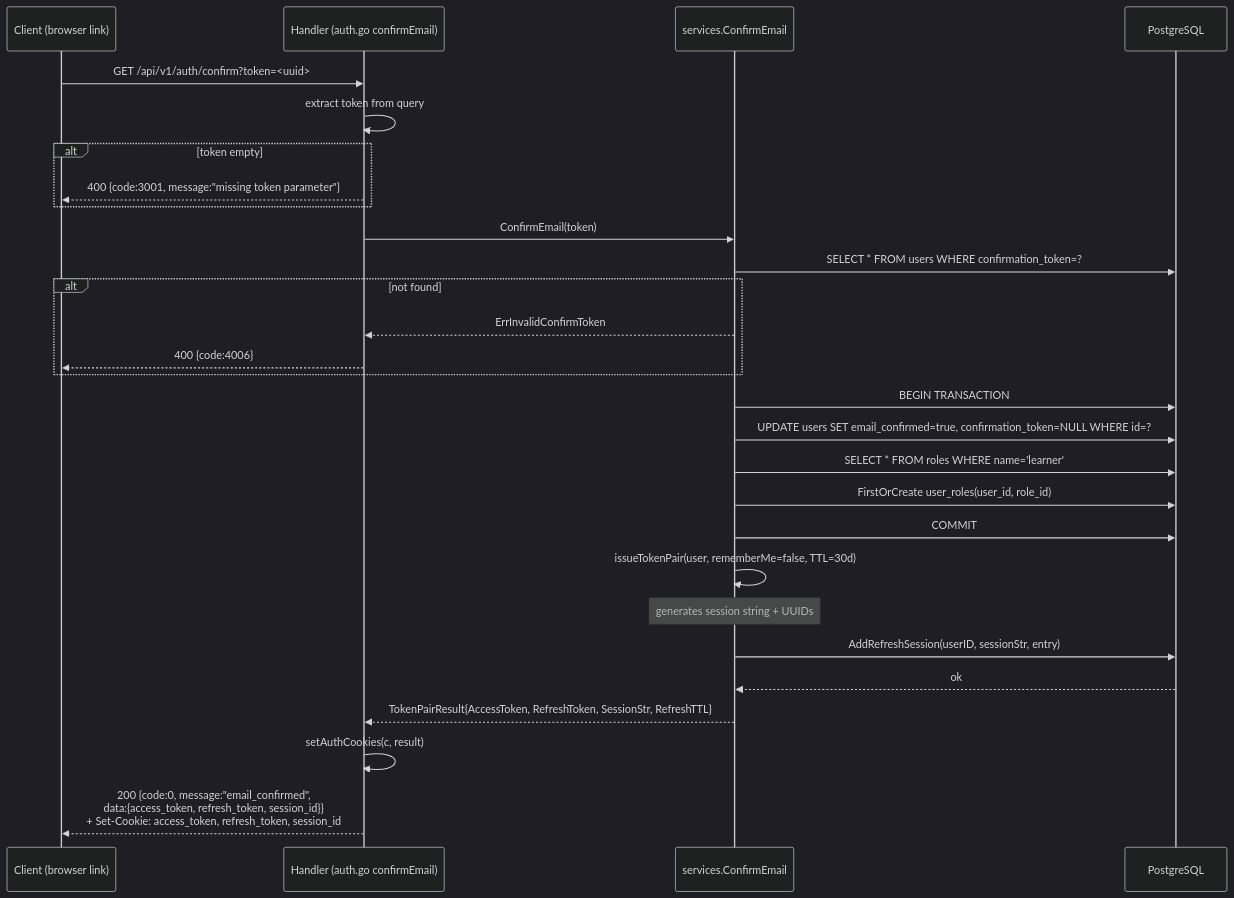
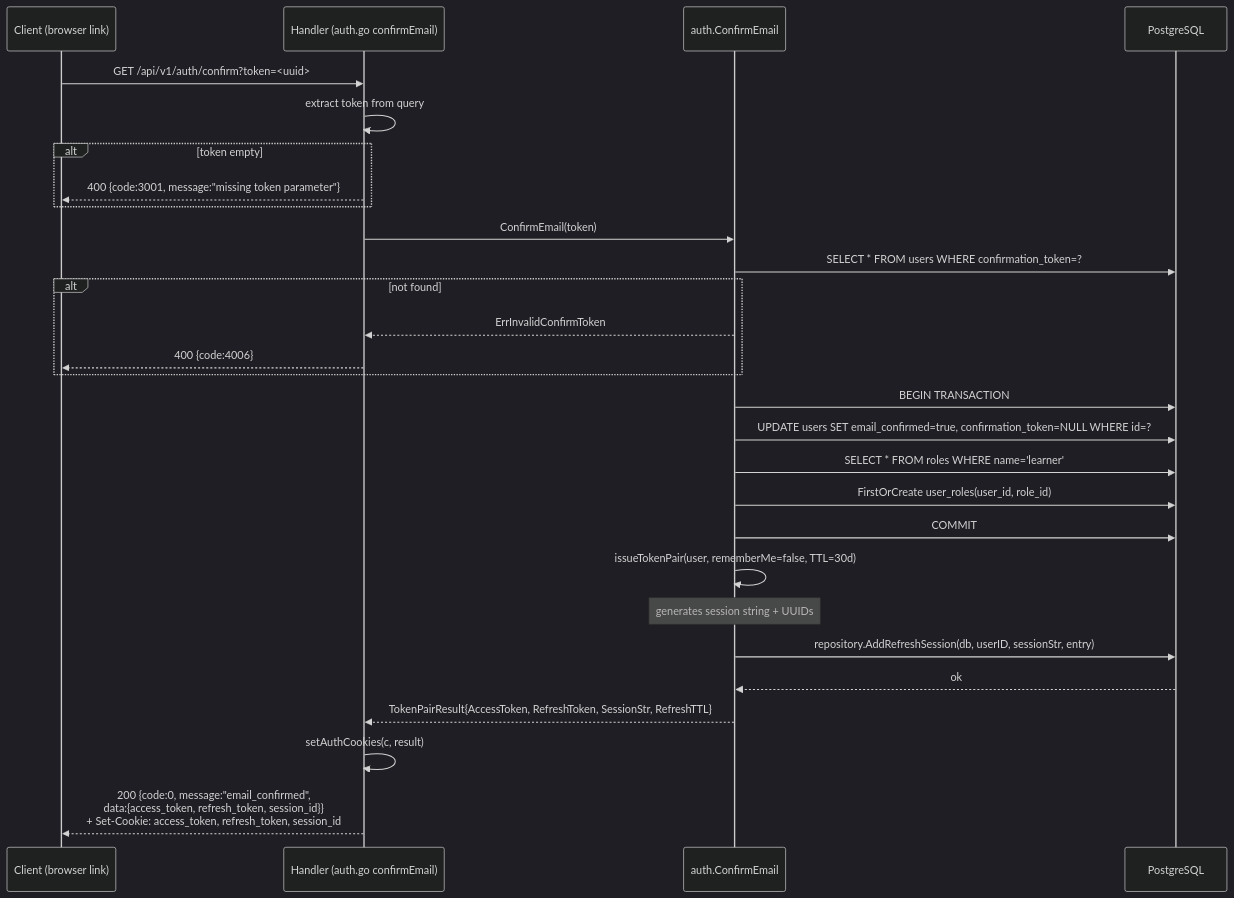
The third of 23 diagrams in docs/sequence_diagrams.md (lkienkle11/be-mycourse), drawn with Mermaid (dark theme) before and after one commit. The commit also changed other lines of this file and 19 other files, not shown here.

Commit message:
docs: align architecture and module docs with package refactor

````diff
--- a/docs/sequence_diagrams.md
+++ b/docs/sequence_diagrams.md
@@ -160,35 +160,35 @@
 ```mermaid
 sequenceDiagram
     participant C as Client (browser link)
     participant H as Handler (auth.go confirmEmail)
-    participant SVC as services.ConfirmEmail
+    participant SVC as auth.ConfirmEmail
     participant DB as PostgreSQL
 
     C->>H: GET /api/v1/auth/confirm?token=<uuid>
     H->>H: extract token from query
     alt token empty
         H-->>C: 400 {code:3001, message:"missing token parameter"}
     end
 
     H->>SVC: ConfirmEmail(token)
     SVC->>DB: SELECT * FROM users WHERE confirmation_token=?
     alt not found
         SVC-->>H: ErrInvalidConfirmToken
         H-->>C: 400 {code:4006}
     end
 
     SVC->>DB: BEGIN TRANSACTION
     SVC->>DB: UPDATE users SET email_confirmed=true, confirmation_token=NULL WHERE id=?
     SVC->>DB: SELECT * FROM roles WHERE name='learner'
     SVC->>DB: FirstOrCreate user_roles(user_id, role_id)
     SVC->>DB: COMMIT
 
     SVC->>SVC: issueTokenPair(user, rememberMe=false, TTL=30d)
     Note over SVC: generates session string + UUIDs
-    SVC->>DB: AddRefreshSession(userID, sessionStr, entry)
+    SVC->>DB: repository.AddRefreshSession(db, userID, sessionStr, entry)
     DB-->>SVC: ok
 
     SVC-->>H: TokenPairResult{AccessToken, RefreshToken, SessionStr, RefreshTTL}
     H->>H: setAuthCookies(c, result)
     H-->>C: 200 {code:0, message:"email_confirmed",<br/>data:{access_token, refresh_token, session_id}}<br/>+ Set-Cookie: access_token, refresh_token, session_id
 ```
````
